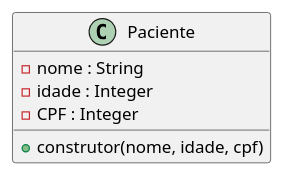
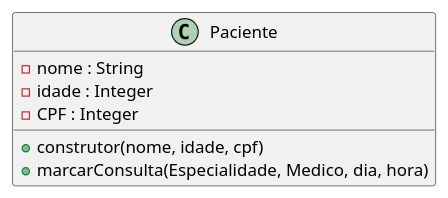
One commit to anleaes/2022-1-N2-POO-03 changed the diagram in diagrama.plantuml. Above: the diagram before and after it, drawn with PlantUML.

Commit message:
criado função marcarConsulta(Especialidade, Medico, dia, hora)

```diff
--- a/diagrama.plantuml
+++ b/diagrama.plantuml
@@ -1,10 +1,11 @@
 @startuml Gerenciamento de Exames Medicos
 
     class Paciente{
         - nome : String
         - idade : Integer
         - CPF : Integer
         + construtor(nome, idade, cpf)
+        + marcarConsulta(Especialidade, Medico, dia, hora)
     }
 
 @enduml
```
